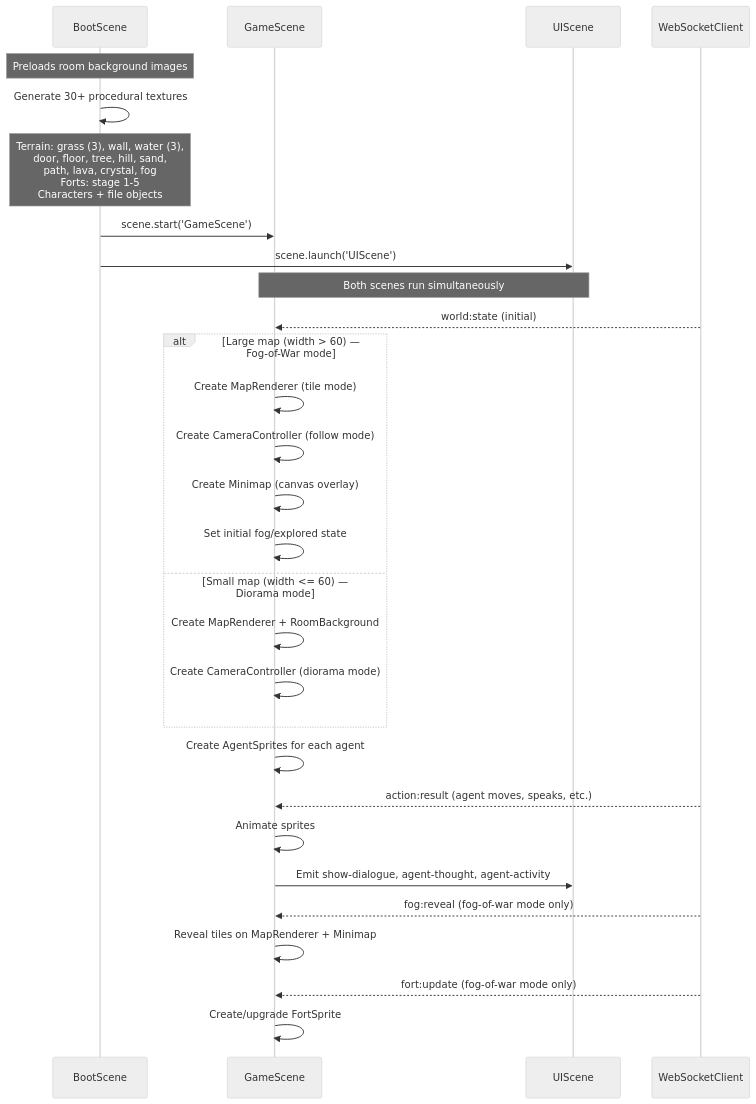
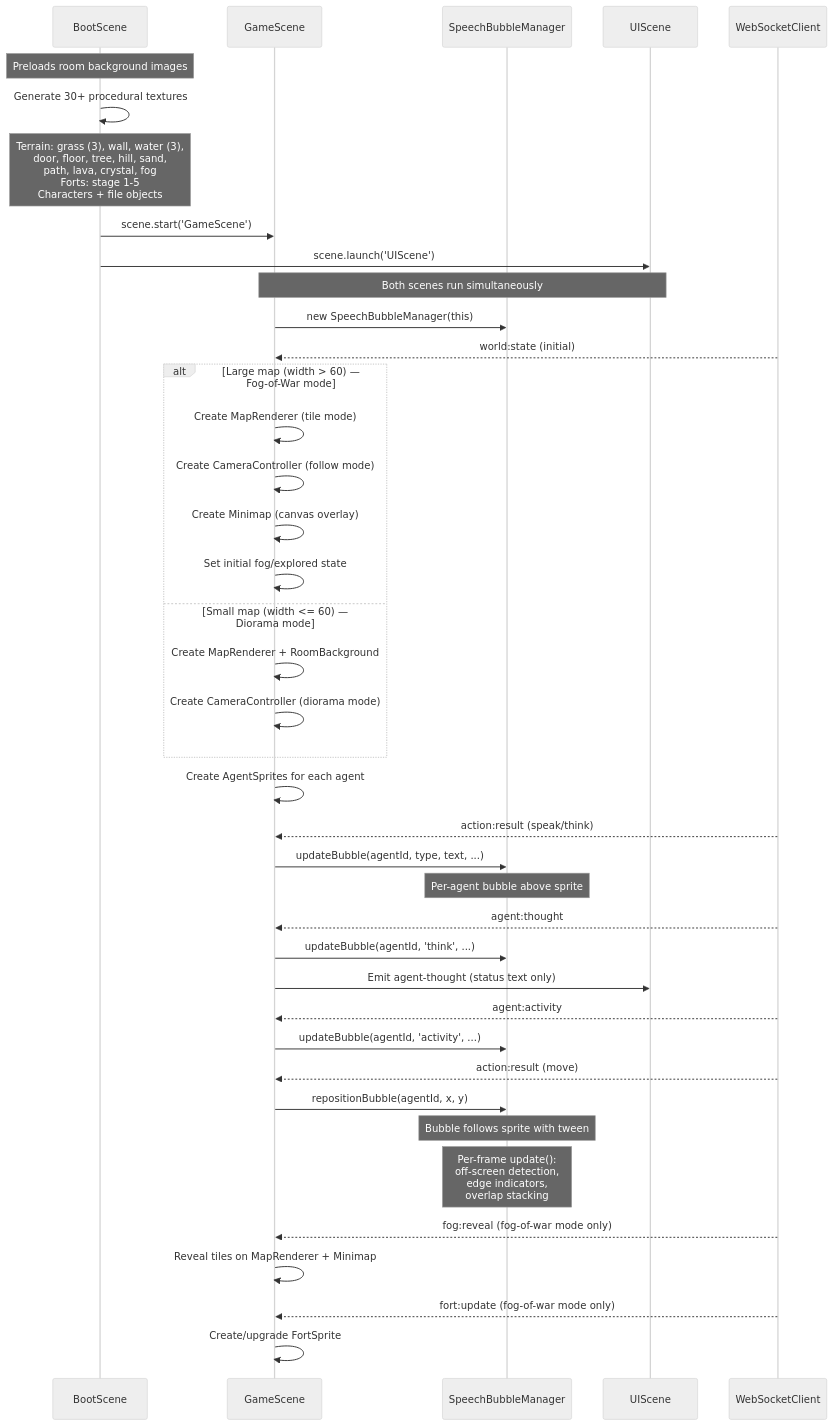
Before and after one commit to Human-Agency-Hackathon/AI-Interfaces-Feb-2026: the second of 11 diagrams in docs/diagrams/client-rendering.md, drawn with Mermaid (neutral theme). The commit also changed other lines of this file, not shown here.

First line of the commit message:
docs: update client-rendering diagram for speech bubble changes

````diff
--- a/docs/diagrams/client-rendering.md
+++ b/docs/diagrams/client-rendering.md
@@ -33,39 +33,54 @@
 ```mermaid
 sequenceDiagram
     participant Boot as BootScene
     participant Game as GameScene
+    participant SBM as SpeechBubbleManager
     participant UI as UIScene
     participant WS as WebSocketClient
 
     Note over Boot: Preloads room background images
     Boot->>Boot: Generate 30+ procedural textures
     Note over Boot: Terrain: grass (3), wall, water (3),<br/>door, floor, tree, hill, sand,<br/>path, lava, crystal, fog<br/>Forts: stage 1-5<br/>Characters + file objects
 
     Boot->>Game: scene.start('GameScene')
     Boot->>UI: scene.launch('UIScene')
     Note over Game,UI: Both scenes run simultaneously
+    Game->>SBM: new SpeechBubbleManager(this)
 
     WS-->>Game: world:state (initial)
 
     alt Large map (width > 60) — Fog-of-War mode
         Game->>Game: Create MapRenderer (tile mode)
         Game->>Game: Create CameraController (follow mode)
         Game->>Game: Create Minimap (canvas overlay)
         Game->>Game: Set initial fog/explored state
     else Small map (width <= 60) — Diorama mode
         Game->>Game: Create MapRenderer + RoomBackground
         Game->>Game: Create CameraController (diorama mode)
     end
 
     Game->>Game: Create AgentSprites for each agent
 
-    WS-->>Game: action:result (agent moves, speaks, etc.)
-    Game->>Game: Animate sprites
-    Game->>UI: Emit show-dialogue, agent-thought, agent-activity
+    WS-->>Game: action:result (speak/think)
+    Game->>SBM: updateBubble(agentId, type, text, ...)
+    Note over SBM: Per-agent bubble above sprite
+
+    WS-->>Game: agent:thought
+    Game->>SBM: updateBubble(agentId, 'think', ...)
+    Game->>UI: Emit agent-thought (status text only)
+
+    WS-->>Game: agent:activity
+    Game->>SBM: updateBubble(agentId, 'activity', ...)
+
+    WS-->>Game: action:result (move)
+    Game->>SBM: repositionBubble(agentId, x, y)
+    Note over SBM: Bubble follows sprite with tween
+
+    Note over SBM: Per-frame update():<br/>off-screen detection,<br/>edge indicators,<br/>overlap stacking
 
     WS-->>Game: fog:reveal (fog-of-war mode only)
     Game->>Game: Reveal tiles on MapRenderer + Minimap
 
     WS-->>Game: fort:update (fog-of-war mode only)
     Game->>Game: Create/upgrade FortSprite
 ```
````
